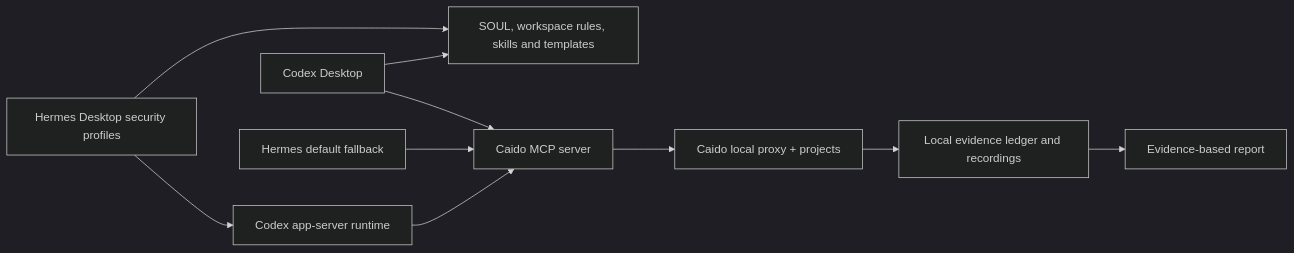
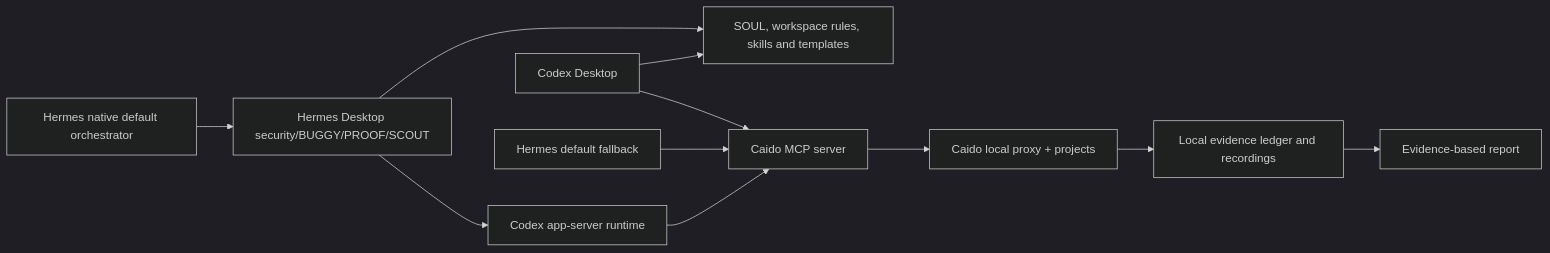
The diagram in README.md (Vasanthadithya-mundrathi/hermes-caido-security-workbench), drawn with Mermaid (dark theme) before and after one commit. The commit also changed other lines of this file and 41 other files, not shown here.

Commit message:
Build HACKSPACE research corpus and Hermes security roles

````diff
--- a/README.md
+++ b/README.md
@@ -29,12 +30,13 @@
 ```mermaid
 flowchart LR
-    H[Hermes Desktop security profiles] --> X[Codex app-server runtime]
+    H[Hermes Desktop security/BUGGY/PROOF/SCOUT] --> X[Codex app-server runtime]
+    O[Hermes native default orchestrator] --> H
     X --> M[Caido MCP server]
     C[Codex Desktop] --> M
     D[Hermes default fallback] --> M
     M --> P[Caido local proxy + projects]
     H --> S[SOUL, workspace rules, skills and templates]
     C --> S
     P --> E[Local evidence ledger and recordings]
     E --> R[Evidence-based report]
 ```
````
